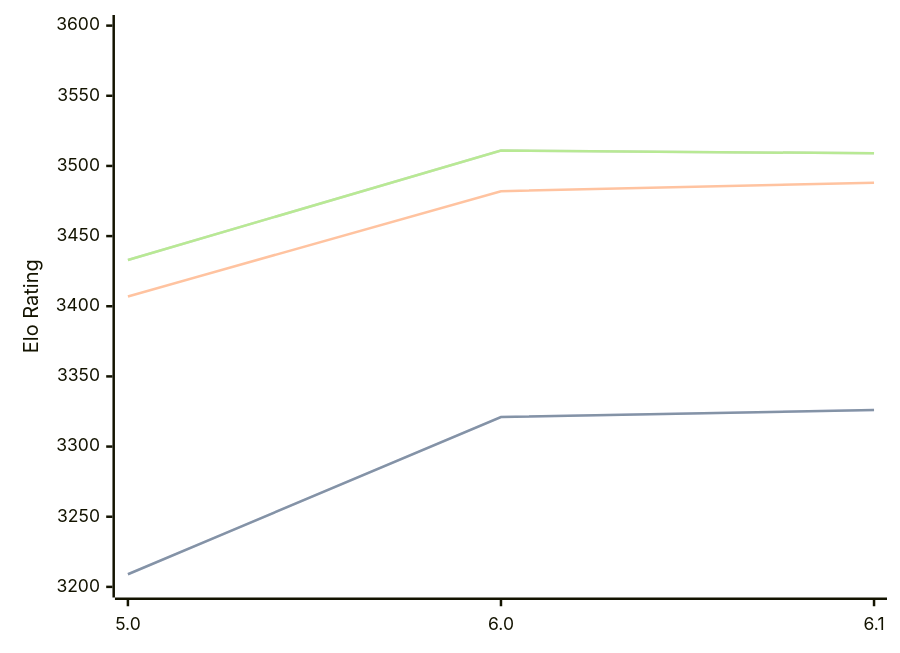
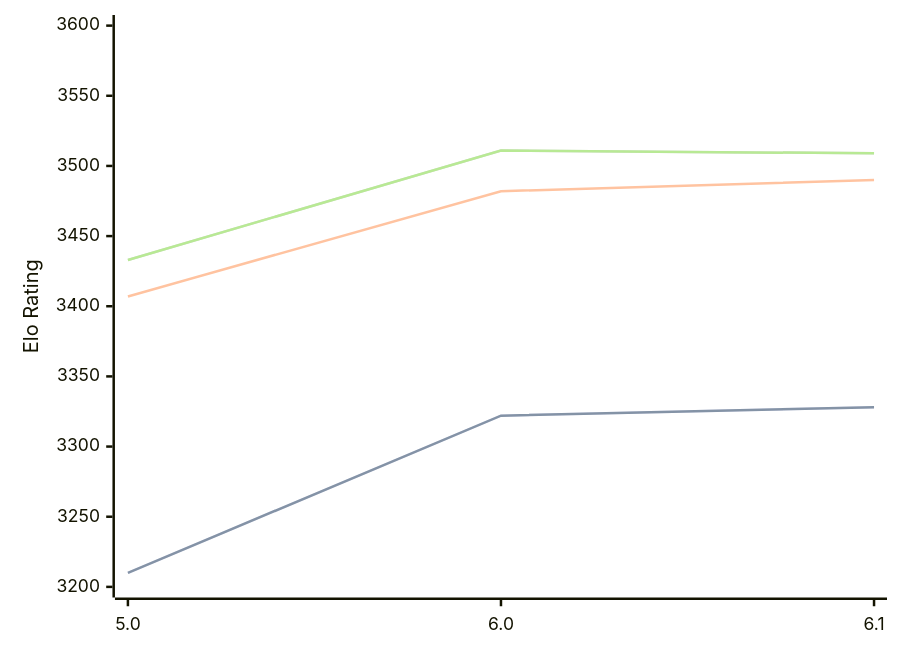
One commit to computer-chess-index/cci changed the diagram in engines/Starzix.md. Above: the diagram before and after it, drawn with Mermaid. The commit also changed other lines of this file, not shown here.

````diff
--- a/engines/Starzix.md
+++ b/engines/Starzix.md
@@ -33,11 +33,11 @@
 ```mermaid
 %%{init: {"theme":"base","themeVariables":{"seriesColors:['#a3a3a3','#222221','#faa371']}}}%%
 xychart-beta
   x-axis ["5.0", "6.0", "6.1"]
   y-axis "Elo Rating" 3200 --> 3600
-  line "STC (8.0+0.08s)" [3209, 3321, 3326]
-  line "STC (8.0+0.08s)" [3209, 3321, 3326]
-  line "LTC (60.0+0.60s)" [3407, 3482, 3488]
+  line "STC (8.0+0.08s)" [3210, 3322, 3328]
+  line "STC (8.0+0.08s)" [3210, 3322, 3328]
+  line "LTC (60.0+0.60s)" [3407, 3482, 3490]
   line "VLTC (2m24s+1.12s)" [3433, 3511, 3509]
   line "VLTC (2m24s+1.12s)" [3433, 3511, 3509]
 ```
````
